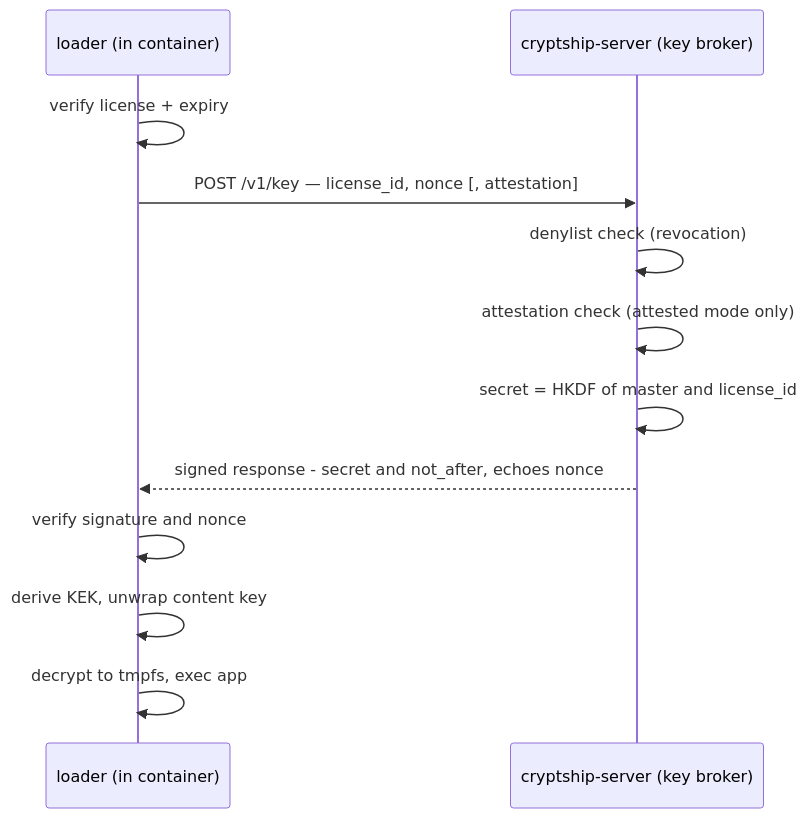
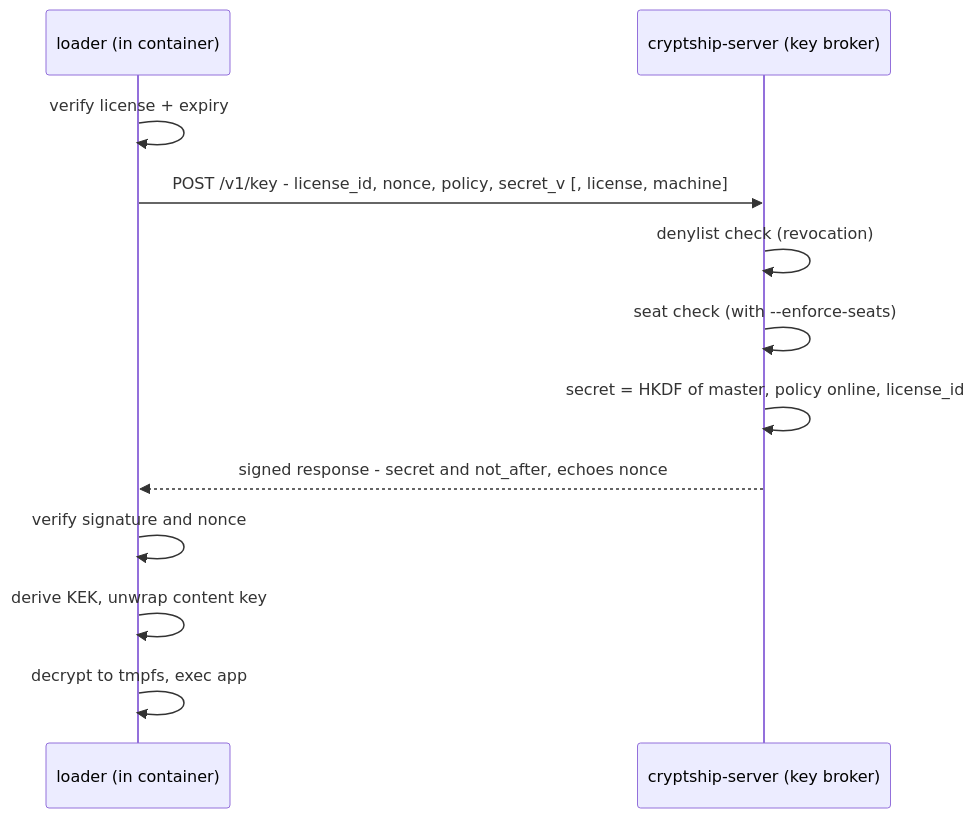
Before and after one commit to AI2TH/cryptship: the fourth of 6 diagrams in docs/DIAGRAMS.md, drawn with Mermaid. The commit also changed other lines of this file and 5 other files, not shown here.

````diff
--- a/docs/DIAGRAMS.md
+++ b/docs/DIAGRAMS.md
@@ -116,14 +122,14 @@
 ```mermaid
 sequenceDiagram
   participant L as loader (in container)
   participant S as cryptship-server (key broker)
   L->>L: verify license + expiry
-  L->>S: POST /v1/key — license_id, nonce [, attestation]
+  L->>S: POST /v1/key - license_id, nonce, policy, secret_v [, license, machine]
   S->>S: denylist check (revocation)
-  S->>S: attestation check (attested mode only)
-  S->>S: secret = HKDF of master and license_id
+  S->>S: seat check (with --enforce-seats)
+  S->>S: secret = HKDF of master, policy online, license_id
   S-->>L: signed response - secret and not_after, echoes nonce
   L->>L: verify signature and nonce
   L->>L: derive KEK, unwrap content key
   L->>L: decrypt to tmpfs, exec app
 ```
````
